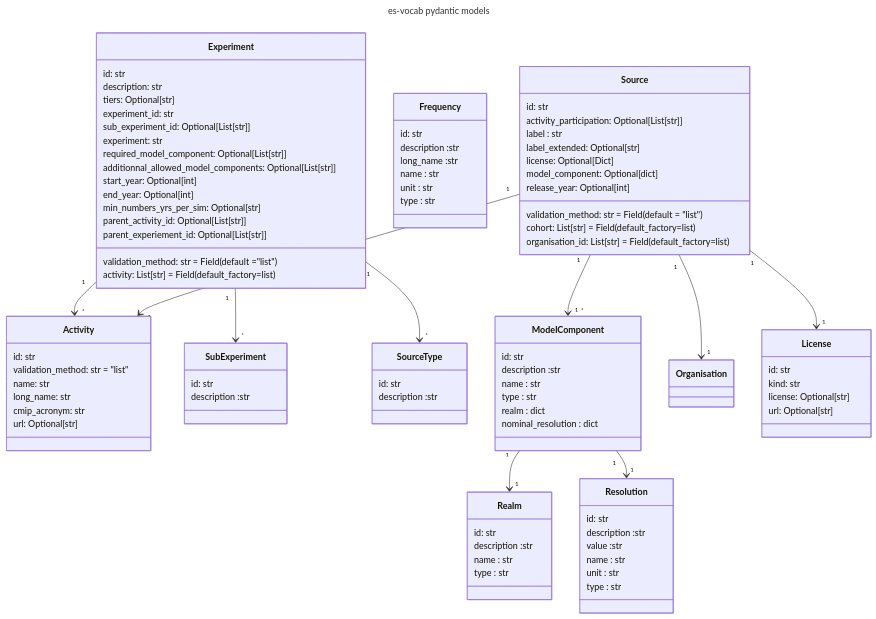
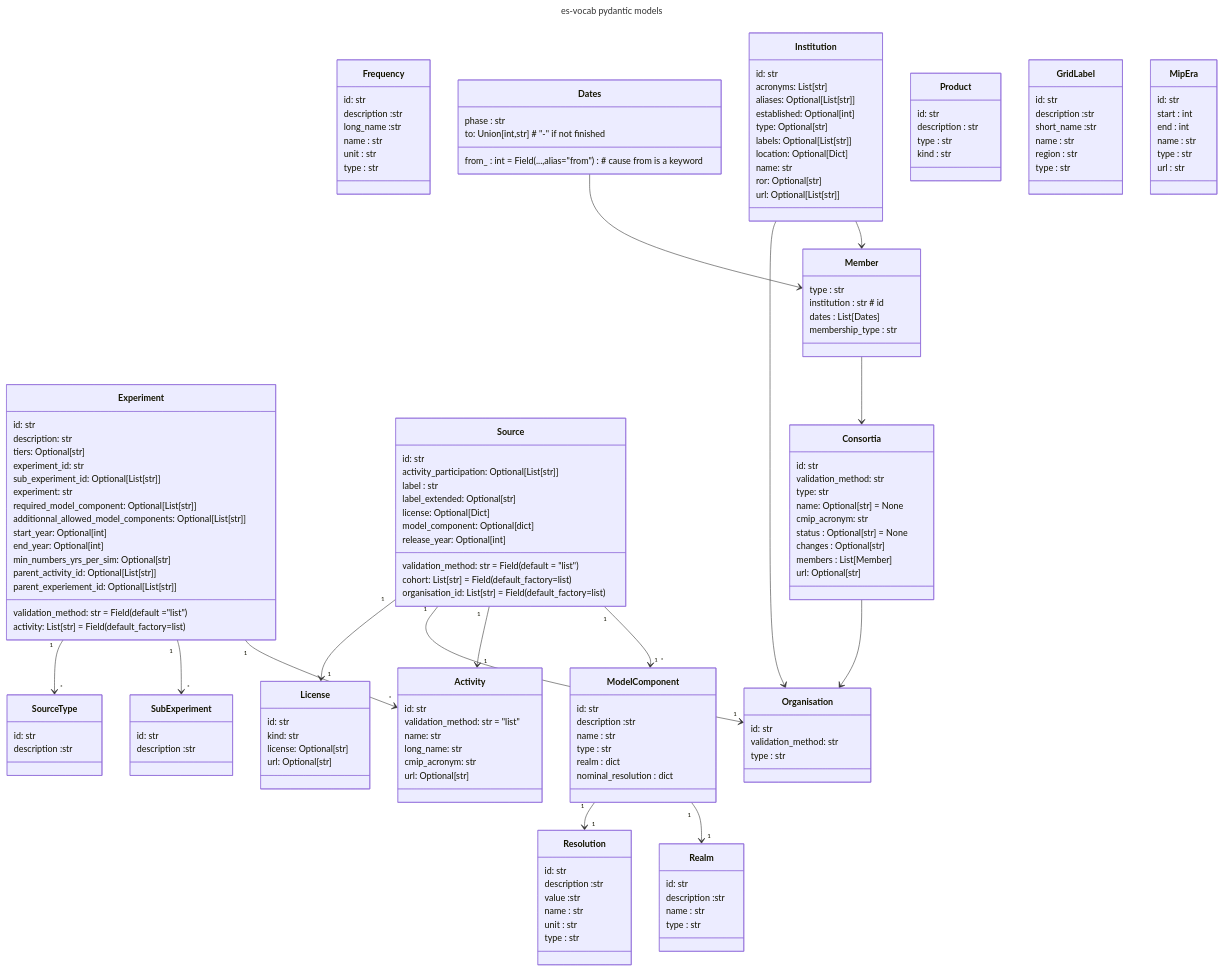
One commit to PCMDI/mip-cmor-tables changed the first of 2 diagrams in TODO.md. Above: the diagram before and after it, drawn with Mermaid. The commit also changed other lines of this file, not shown here.

Commit message:
pydantic diagram update in todo

````diff
--- a/TODO.md
+++ b/TODO.md
@@ -210,5 +210,95 @@
 }
 Source "1" --> "1" License
 
+class Institution{
 
+    id: str
+    acronyms: List[str] 
+    aliases: Optional[List[str]] 
+    established: Optional[int] 
+    type: Optional[str] 
+    labels: Optional[List[str]] 
+    location: Optional[Dict]   
+    name: str 
+    ror: Optional[str] 
+    url: Optional[List[str]] 
+
+}
+
+
+class Consortia{
+
+    id: str 
+    validation_method: str 
+    type: str
+    name: Optional[str] = None 
+    cmip_acronym: str  
+    status : Optional[str] = None
+    changes : Optional[str]
+    members : List[Member] 
+    url: Optional[str] 
+
+}
+
+
+class Member{    
+    type : str
+    institution : str # id 
+    dates : List[Dates] 
+    membership_type : str 
+}
+
+class Dates{
+
+    phase : str
+    from_ : int = Field(...,alias="from") # cause from is a keyword
+    to: Union[int,str] # "-" if not finished
+}
+
+Dates --> Member
+Member --> Consortia
+Institution --> Member
+
+
+class Organisation{
+
+    id: str 
+    validation_method: str 
+    type : str
+}
+Institution --> Organisation
+Consortia --> Organisation
+
+class Product{
+
+
+
+    id: str 
+    description : str 
+    type : str 
+    kind : str
+}
+class GridLabel{
+
+
+
+    id: str 
+    description :str
+    short_name :str 
+    name : str 
+    region : str 
+    type : str 
+}
+class MipEra{
+
+
+
+    id: str 
+    start : int
+    end : int
+    name : str 
+    type : str 
+    url : str
+
+}
 ```
````
